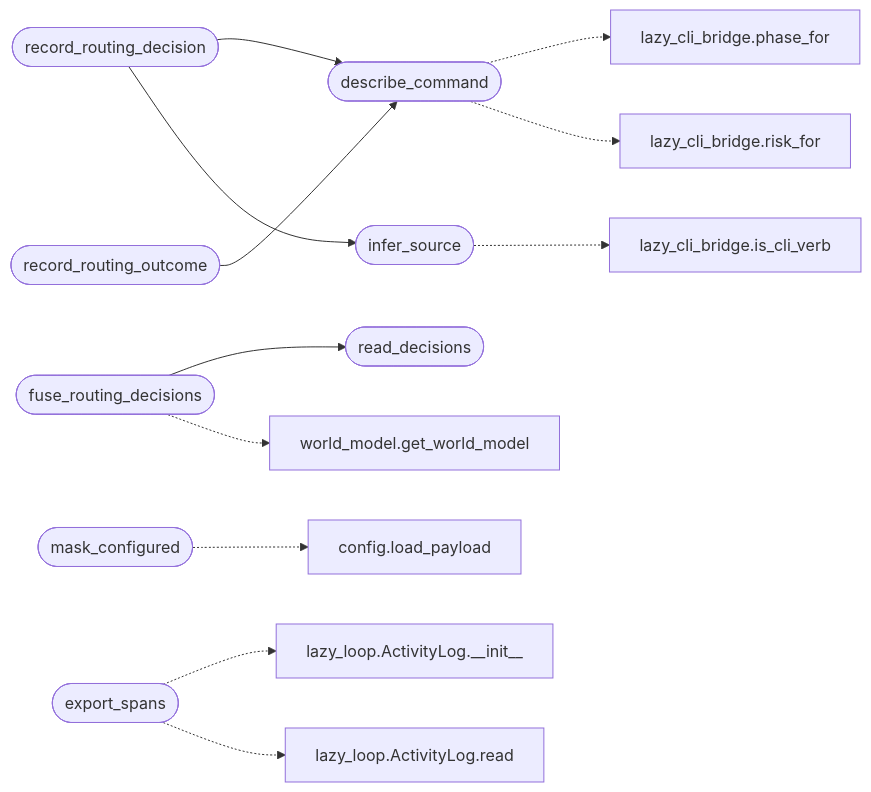
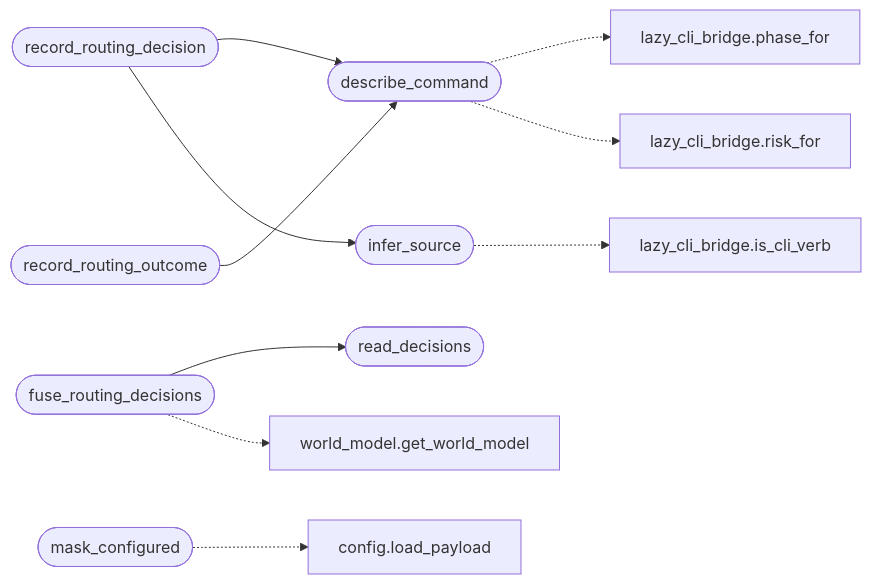
One commit to grisuno/LazyOwn changed the diagram in readmenator-apidocs/modules/modules.lazy_intel.py.md. Above: the diagram before and after it, drawn with Mermaid. The commit also changed other lines of this file and 496 other files, not shown here.

First line of the commit message:
test: A mediator architecture is implemented with a safety harness inspired by Apollo 11.

````diff
--- a/readmenator-apidocs/modules/modules.lazy_intel.py.md
+++ b/readmenator-apidocs/modules/modules.lazy_intel.py.md
@@ -28,29 +28,24 @@
 ```mermaid
 flowchart LR
     n_modules_lazy_intel_py__record_routing_decision(["record_routing_decision"])
     n_modules_lazy_intel_py__describe_command(["describe_command"])
     n_modules_lazy_intel_py__infer_source(["infer_source"])
     n_modules_lazy_intel_py__record_routing_outcome(["record_routing_outcome"])
     n_modules_lazy_intel_py__fuse_routing_decisions(["fuse_routing_decisions"])
     n_modules_lazy_intel_py__read_decisions(["read_decisions"])
     n_modules_lazy_cli_bridge_py__is_cli_verb["lazy_cli_bridge.is_cli_verb"]
     n_modules_lazy_cli_bridge_py__phase_for["lazy_cli_bridge.phase_for"]
     n_modules_lazy_cli_bridge_py__risk_for["lazy_cli_bridge.risk_for"]
     n_modules_lazy_intel_py__mask_configured(["mask_configured"])
     n_core_config_py__load_payload["config.load_payload"]
     n_modules_world_model_py__get_world_model["world_model.get_world_model"]
-    n_modules_lazy_intel_py__export_spans(["export_spans"])
-    n_modules_lazy_loop_py__ActivityLog___init__["lazy_loop.ActivityLog.__init__"]
-    n_modules_lazy_loop_py__ActivityLog_read["lazy_loop.ActivityLog.read"]
     n_modules_lazy_intel_py__record_routing_decision --> n_modules_lazy_intel_py__describe_command
     n_modules_lazy_intel_py__record_routing_decision --> n_modules_lazy_intel_py__infer_source
     n_modules_lazy_intel_py__record_routing_outcome --> n_modules_lazy_intel_py__describe_command
     n_modules_lazy_intel_py__fuse_routing_decisions --> n_modules_lazy_intel_py__read_decisions
     n_modules_lazy_intel_py__infer_source -.-> n_modules_lazy_cli_bridge_py__is_cli_verb
     n_modules_lazy_intel_py__describe_command -.-> n_modules_lazy_cli_bridge_py__phase_for
     n_modules_lazy_intel_py__describe_command -.-> n_modules_lazy_cli_bridge_py__risk_for
     n_modules_lazy_intel_py__mask_configured -.-> n_core_config_py__load_payload
     n_modules_lazy_intel_py__fuse_routing_decisions -.-> n_modules_world_model_py__get_world_model
-    n_modules_lazy_intel_py__export_spans -.-> n_modules_lazy_loop_py__ActivityLog___init__
-    n_modules_lazy_intel_py__export_spans -.-> n_modules_lazy_loop_py__ActivityLog_read
 ```
````
